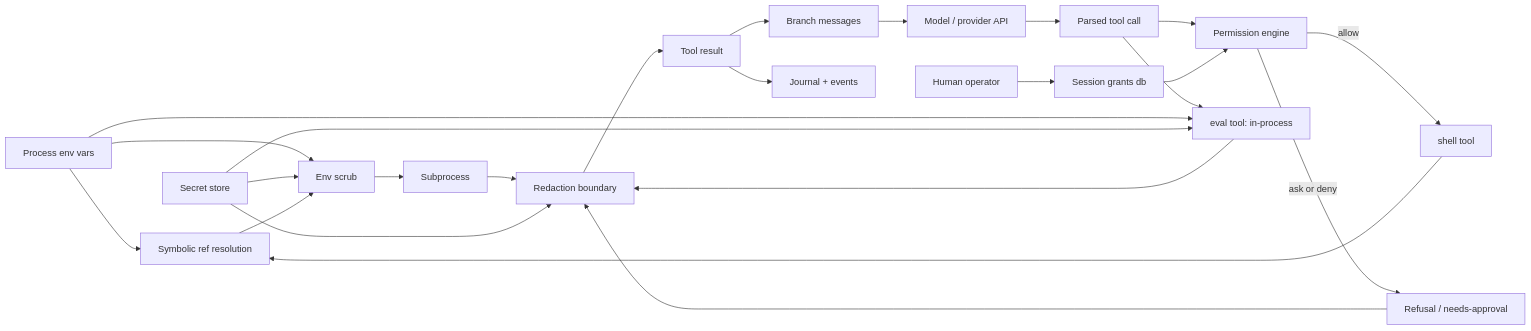
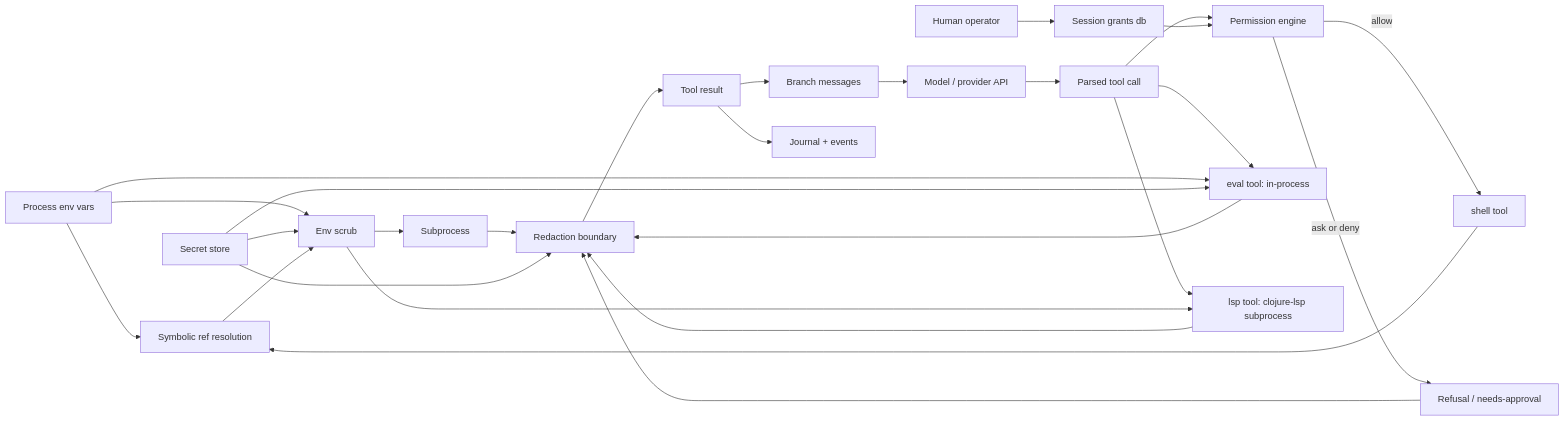
The diagram in docs/RFCS/RFC-003-security-model.md (casselc/samizdat), drawn with Mermaid before and after one commit. The commit also changed other lines of this file and 18 other files, not shown here.

````diff
--- a/docs/RFCS/RFC-003-security-model.md
+++ b/docs/RFCS/RFC-003-security-model.md
@@ -50,45 +50,50 @@
 ```mermaid
 flowchart LR
     env[Process env vars]
     secrets[Secret store]
     human[Human operator]
     model[Model / provider API]
     messages[Branch messages]
     journal[Journal + events]
     toolcall[Parsed tool call]
     perm[Permission engine]
     grants[Session grants db]
     refusal[Refusal / needs-approval]
     shell[shell tool]
     resolve[Symbolic ref resolution]
     scrub[Env scrub]
     sub[Subprocess]
     redact[Redaction boundary]
     result[Tool result]
     eval[eval tool: in-process]
 
     model --> toolcall
     toolcall --> perm
     grants --> perm
     human --> grants
     perm -->|allow| shell
     perm -->|ask or deny| refusal
     refusal --> redact
     shell --> resolve
     env --> resolve
     env --> scrub
     secrets --> scrub
     resolve --> scrub
     scrub --> sub
     sub --> redact
     secrets --> redact
     redact --> result
     result --> messages
     result --> journal
     messages --> model
 
     toolcall --> eval
     env --> eval
     secrets --> eval
     eval --> redact
+
+    lsp[lsp tool: clojure-lsp subprocess]
+    toolcall --> lsp
+    scrub --> lsp
+    lsp --> redact
 ```
````
